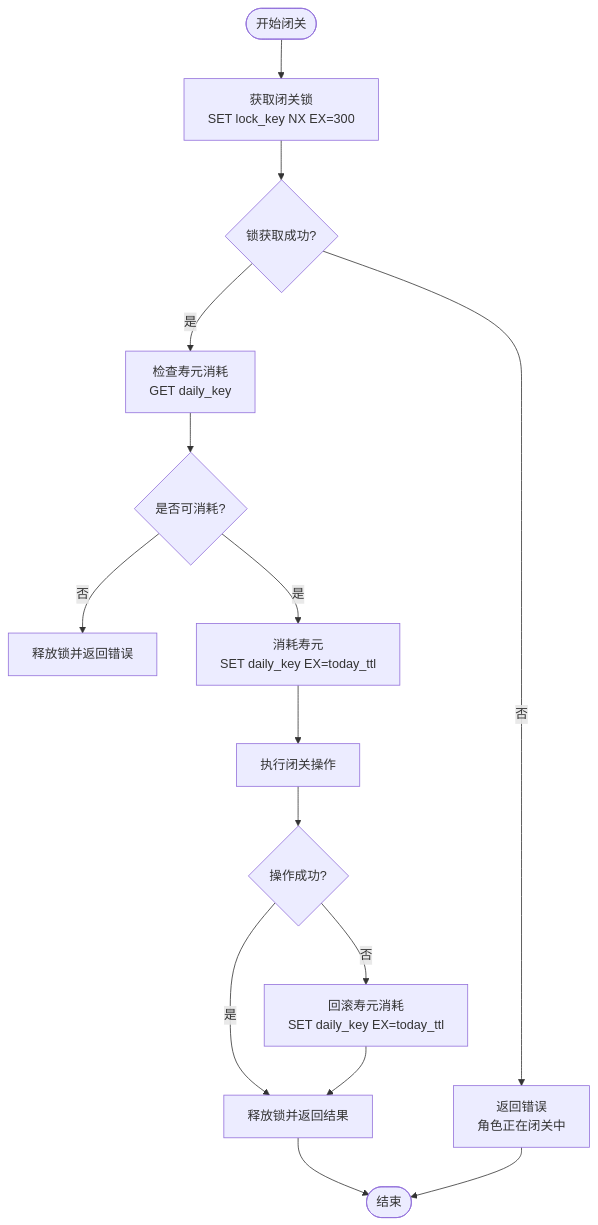
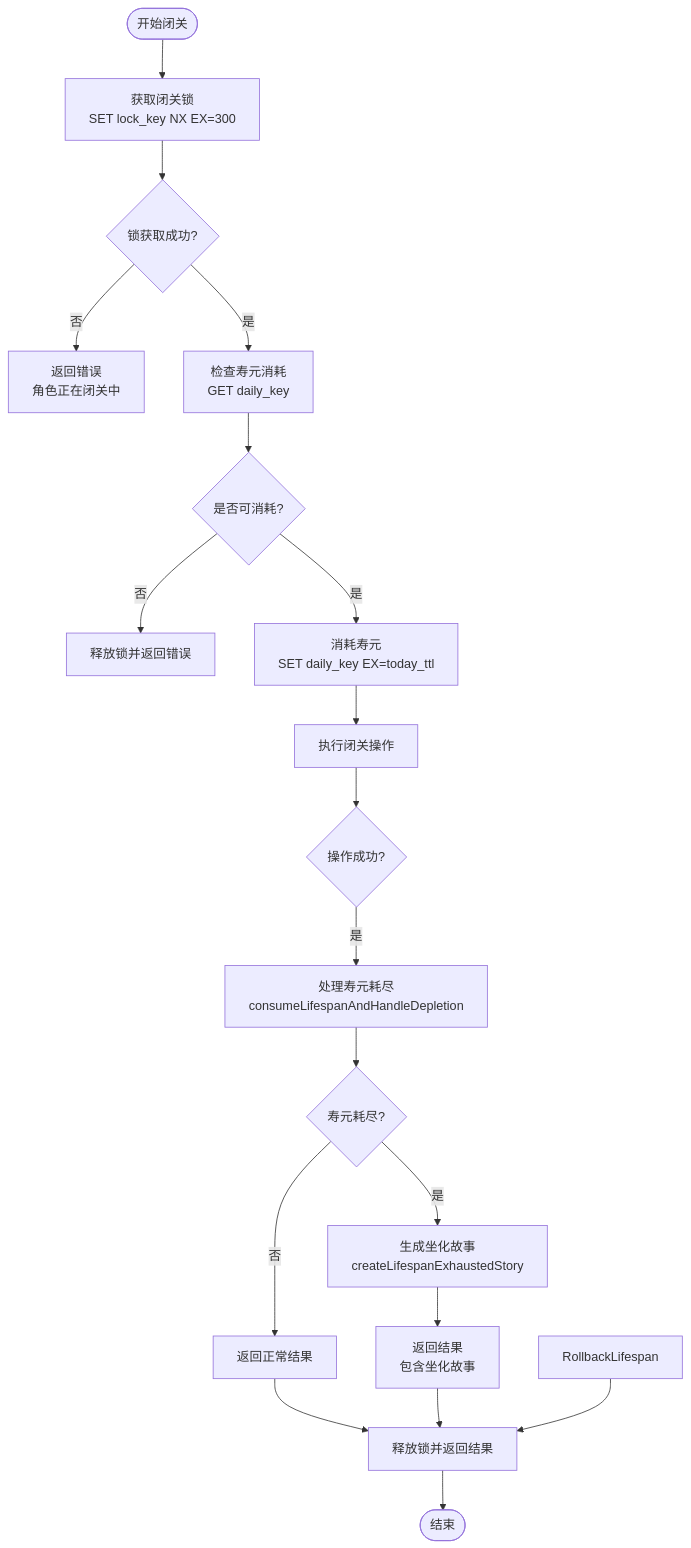
The fifth of 10 diagrams in .qoder/repowiki/zh/content/缓存与性能优化/寿命消耗限制器.md (ChurchTao/Daoyou), drawn with Mermaid before and after one commit. The commit also changed other lines of this file and 9 other files, not shown here.

````diff
--- a/.qoder/repowiki/zh/content/缓存与性能优化/寿命消耗限制器.md
+++ b/.qoder/repowiki/zh/content/缓存与性能优化/寿命消耗限制器.md
@@ -186,17 +236,21 @@
 ```mermaid
 flowchart TD
 Start([开始闭关]) --> AcquireLock["获取闭关锁<br/>SET lock_key NX EX=300"]
 AcquireLock --> LockSuccess{"锁获取成功?"}
 LockSuccess --> |否| ReturnError["返回错误<br/>角色正在闭关中"]
 LockSuccess --> |是| CheckLifespan["检查寿元消耗<br/>GET daily_key"]
 CheckLifespan --> CanConsume{"是否可消耗?"}
 CanConsume --> |否| RollbackLock["释放锁并返回错误"]
 CanConsume --> |是| ConsumeLifespan["消耗寿元<br/>SET daily_key EX=today_ttl"]
 ConsumeLifespan --> ExecuteOperation["执行闭关操作"]
 ExecuteOperation --> UpdateSuccess{"操作成功?"}
-UpdateSuccess --> |是| ReleaseLock["释放锁并返回结果"]
-UpdateSuccess --> |否| RollbackLifespan["回滚寿元消耗<br/>SET daily_key EX=today_ttl"]
+UpdateSuccess --> |是| HandleDepletion["处理寿元耗尽<br/>consumeLifespanAndHandleDepletion"]
+HandleDepletion --> IsDepleted{"寿元耗尽?"}
+IsDepleted --> |是| GenerateStory["生成坐化故事<br/>createLifespanExhaustedStory"]
+GenerateStory --> ReturnResult["返回结果<br/>包含坐化故事"]
+IsDepleted --> |否| ReturnNormal["返回正常结果"]
+ReturnNormal --> ReleaseLock["释放锁并返回结果"]
+ReturnResult --> ReleaseLock
+ReleaseLock --> End([结束])
 RollbackLifespan --> ReleaseLock
-ReleaseLock --> End([结束])
-ReturnError --> End
 ```
````
